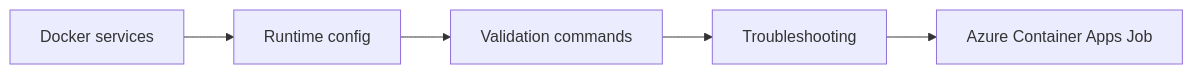
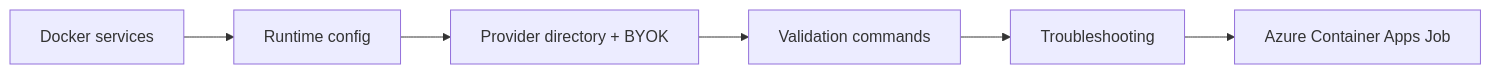
The diagram in docs/operations/README.md (arfaouiahmed1/Open-Web-Catcher), drawn with Mermaid before and after one commit. The commit also changed other lines of this file and 13 other files, not shown here.

````diff
--- a/docs/operations/README.md
+++ b/docs/operations/README.md
@@ -17,10 +18,11 @@
 ```mermaid
 flowchart LR
   Docker["Docker services"]
   Config["Runtime config"]
+  Providers["Provider directory + BYOK"]
   Validate["Validation commands"]
   Troubleshoot["Troubleshooting"]
   Azure["Azure Container Apps Job"]
 
-  Docker --> Config --> Validate --> Troubleshoot --> Azure
+  Docker --> Config --> Providers --> Validate --> Troubleshoot --> Azure
 ```
````
